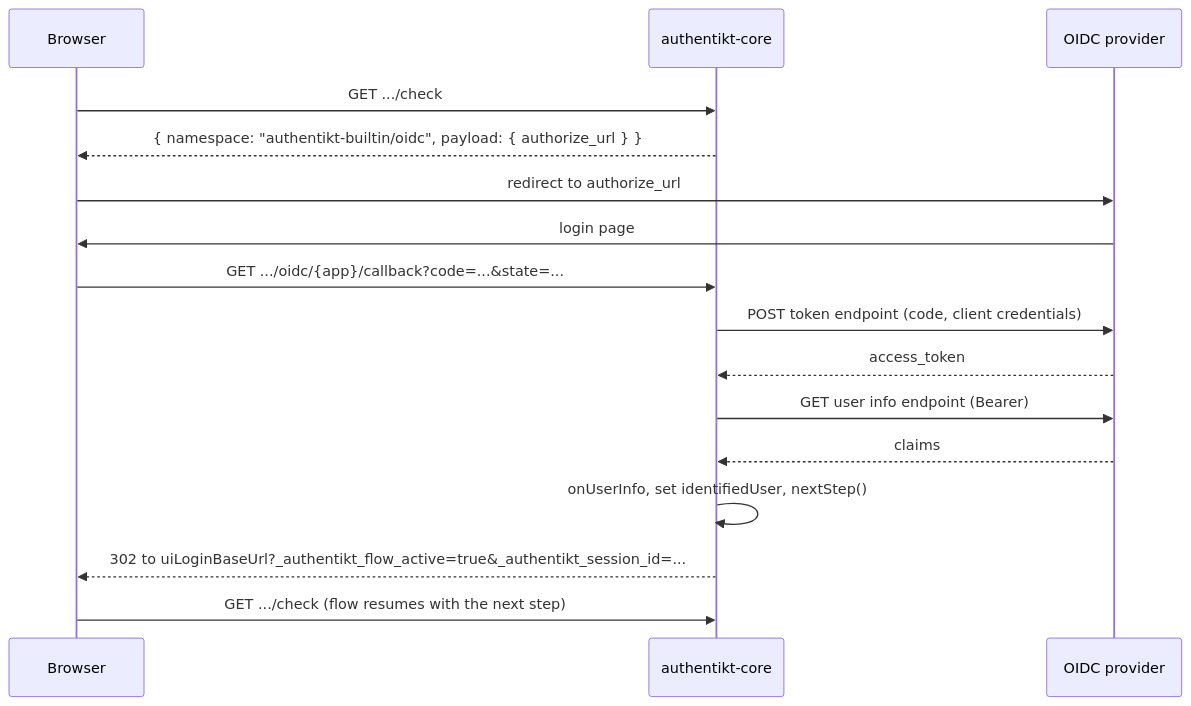
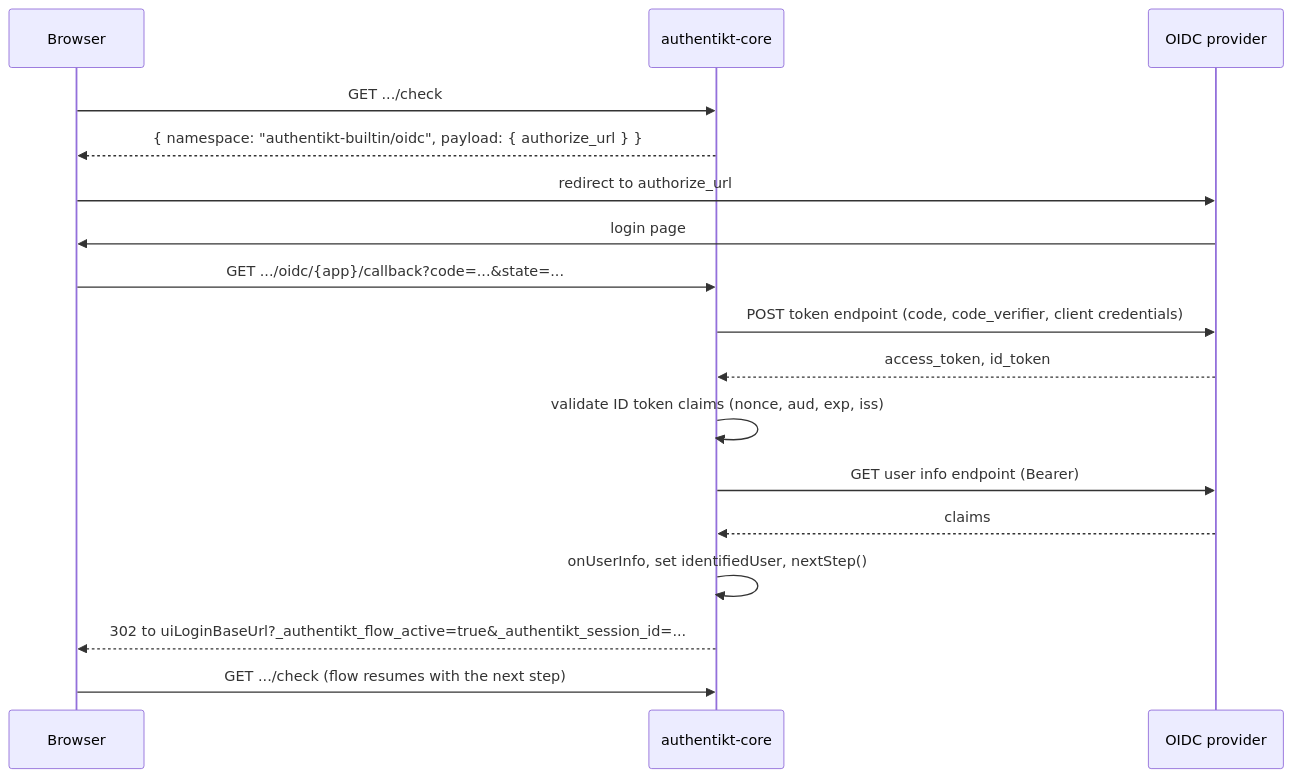
The diagram in Writerside/topics/oidc-plugin.md (Julius-Babies/authentikt), drawn with Mermaid before and after one commit. The commit also changed other lines of this file and 4 other files, not shown here.

````diff
--- a/Writerside/topics/oidc-plugin.md
+++ b/Writerside/topics/oidc-plugin.md
@@ -77,19 +79,20 @@
 ```mermaid
 sequenceDiagram
     participant B as Browser
     participant K as authentikt-core
     participant P as OIDC provider
 
     B->>K: GET .../check
     K-->>B: { namespace: "authentikt-builtin/oidc", payload: { authorize_url } }
     B->>P: redirect to authorize_url
     P->>B: login page
     B->>K: GET .../oidc/{app}/callback?code=...&state=...
-    K->>P: POST token endpoint (code, client credentials)
-    P-->>K: access_token
+    K->>P: POST token endpoint (code, code_verifier, client credentials)
+    P-->>K: access_token, id_token
+    K->>K: validate ID token claims (nonce, aud, exp, iss)
     K->>P: GET user info endpoint (Bearer)
     P-->>K: claims
     K->>K: onUserInfo, set identifiedUser, nextStep()
     K-->>B: 302 to uiLoginBaseUrl?_authentikt_flow_active=true&_authentikt_session_id=...
     B->>K: GET .../check (flow resumes with the next step)
 ```
````
